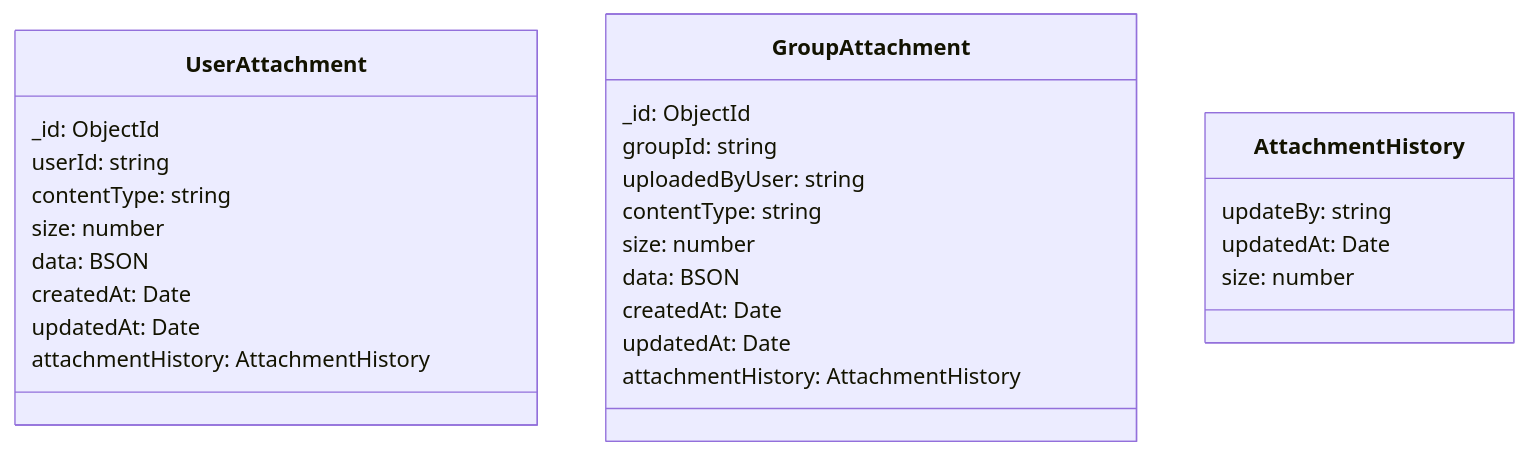
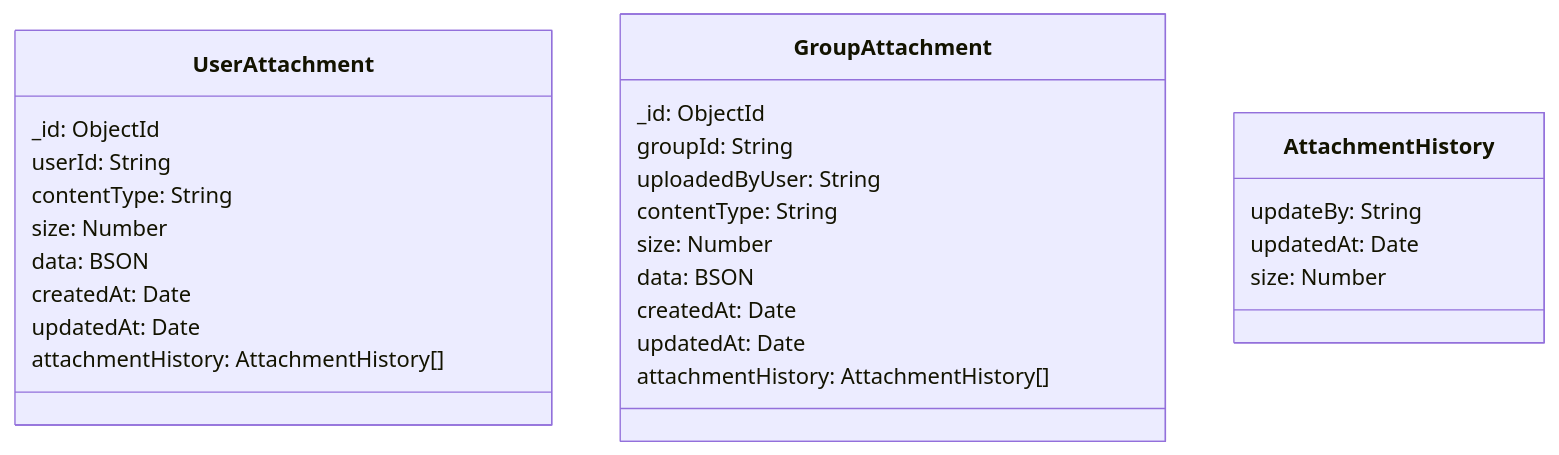
The first of 2 diagrams in docs/contracts.md (Group-Expense-Manager/gem-docs), drawn with Mermaid before and after one commit. The commit also changed other lines of this file, not shown here.

Commit message:
GEM-23 | Fix contract for attachment store

````diff
--- a/docs/contracts.md
+++ b/docs/contracts.md
@@ -5,32 +5,32 @@
 ```mermaid
 
 classDiagram
     class UserAttachment {
     _id: ObjectId
-    userId: string
-    contentType: string
-    size: number
+    userId: String
+    contentType: String
+    size: Number
     data: BSON
     createdAt: Date
     updatedAt: Date
-    attachmentHistory: AttachmentHistory
+    attachmentHistory: AttachmentHistory[]
     }
   
     class GroupAttachment {
         _id: ObjectId
-        groupId: string
-        uploadedByUser: string
-        contentType: string
-        size: number
+        groupId: String
+        uploadedByUser: String
+        contentType: String
+        size: Number
         data: BSON
         createdAt: Date
         updatedAt: Date
-        attachmentHistory: AttachmentHistory
+        attachmentHistory: AttachmentHistory[]
     }
     
     class AttachmentHistory {
-        updateBy: string
+        updateBy: String
         updatedAt: Date
-        size: number
+        size: Number
     }
 ```
````
